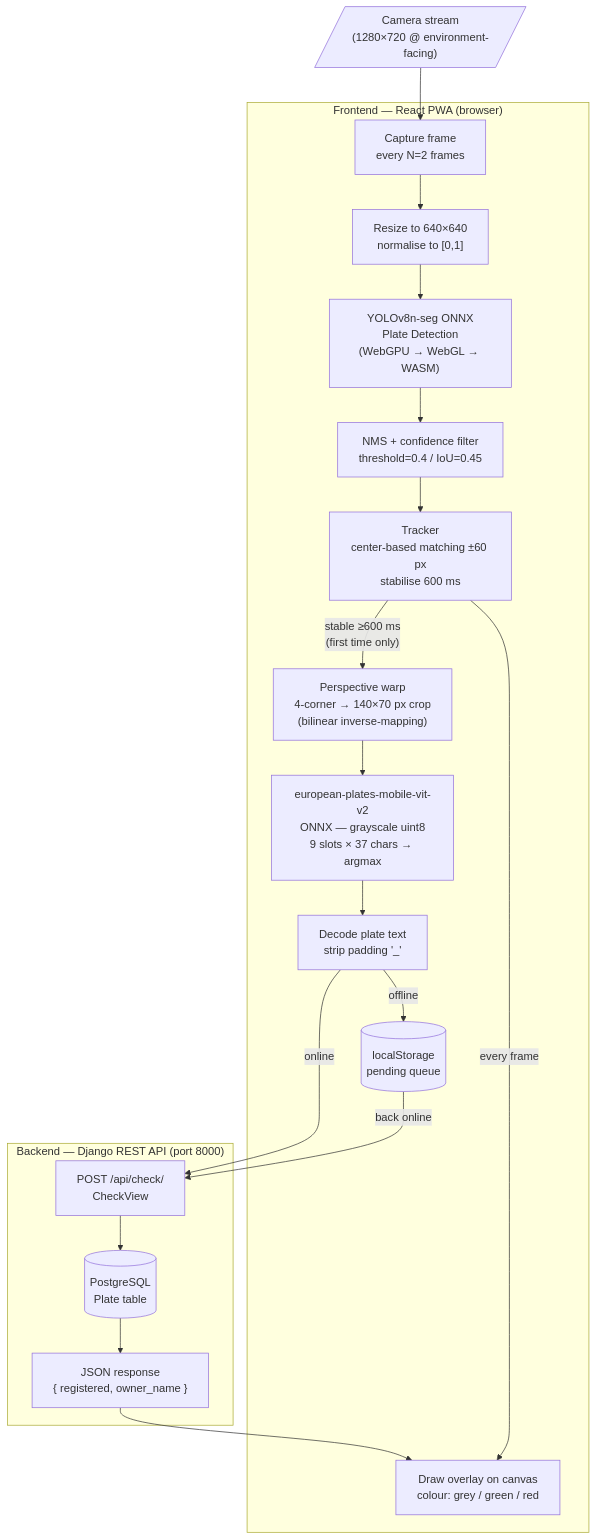
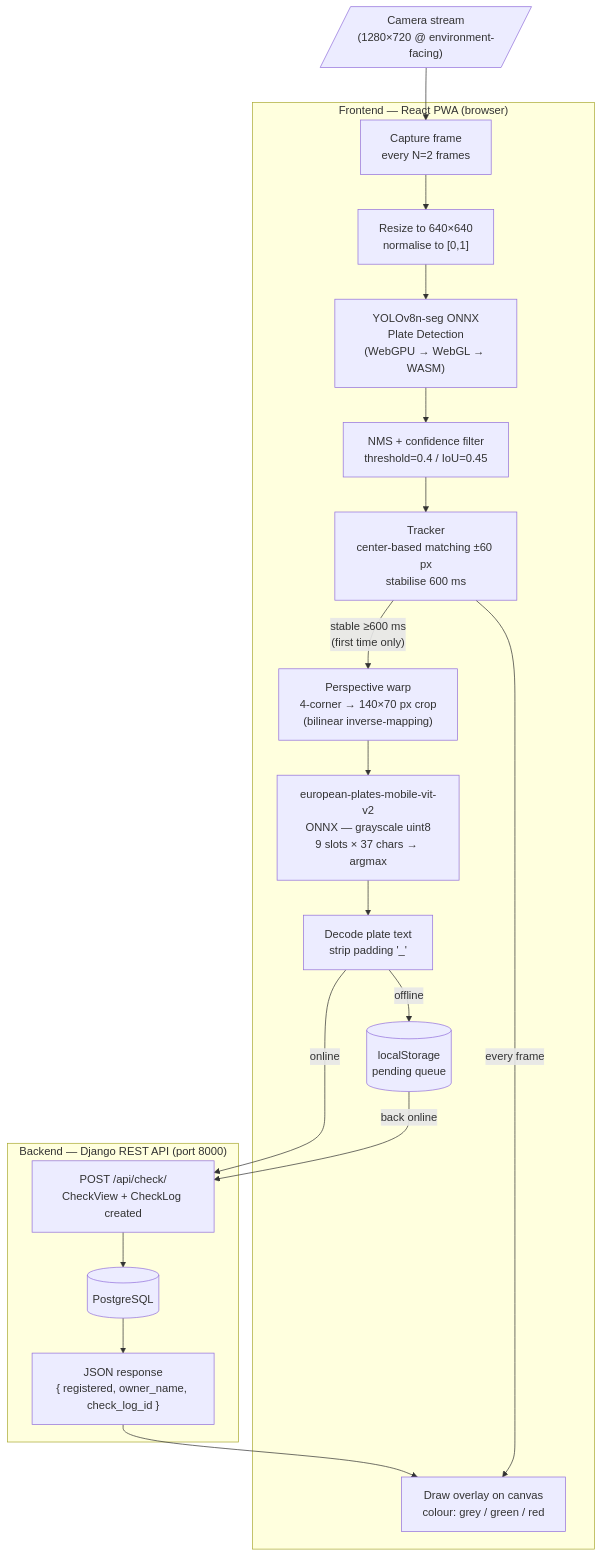
The first of 4 diagrams in README.md (veghk/park-check-app-thesis), drawn with Mermaid before and after one commit. The commit also changed other lines of this file and 11 other files, not shown here.

````diff
--- a/README.md
+++ b/README.md
@@ -9,44 +7,44 @@
 ```mermaid
 flowchart
     CAM[/"Camera stream\n(1280×720 @ environment-facing)"/]
 
     subgraph FRONTEND["Frontend — React PWA (browser)"]
         FRAME["Capture frame\nevery N=2 frames"]
         RESIZE["Resize to 640×640\nnormalise to [0,1]"]
         DET["YOLOv8n-seg ONNX\nPlate Detection\n(WebGPU → WebGL → WASM)"]
         NMS["NMS + confidence filter\nthreshold=0.4 / IoU=0.45"]
         TRACKER["Tracker\ncenter-based matching ±60 px\nstabilise 600 ms"]
 
         WARP["Perspective warp\n4-corner → 140×70 px crop\n(bilinear inverse-mapping)"]
         OCR["european-plates-mobile-vit-v2\nONNX — grayscale uint8\n9 slots × 37 chars → argmax"]
         DECODE["Decode plate text\nstrip padding '_'"]
 
         DRAW["Draw overlay on canvas\ncolour: grey / green / red"]
         PENDING[("localStorage\npending queue")]
     end
 
     subgraph BACKEND["Backend — Django REST API (port 8000)"]
-        CHECKVIEW["POST /api/check/\nCheckView"]
-        PLATEDB[("PostgreSQL\nPlate table")]
-        RESP["JSON response\n{ registered, owner_name }"]
+        CHECKVIEW["POST /api/check/\nCheckView + CheckLog created"]
+        PLATEDB[("PostgreSQL")]
+        RESP["JSON response\n{ registered, owner_name, check_log_id }"]
     end
 
     CAM --> FRAME
     FRAME --> RESIZE
     RESIZE --> DET
     DET --> NMS
     NMS --> TRACKER
     TRACKER -- "stable ≥600 ms\n(first time only)" --> WARP
     WARP --> OCR
     OCR --> DECODE
 
     DECODE -- "online" --> CHECKVIEW
     DECODE -- "offline" --> PENDING
     PENDING -- "back online" --> CHECKVIEW
 
     CHECKVIEW --> PLATEDB
     PLATEDB --> RESP
     RESP --> DRAW
 
     TRACKER -- "every frame" --> DRAW
 ```
````
